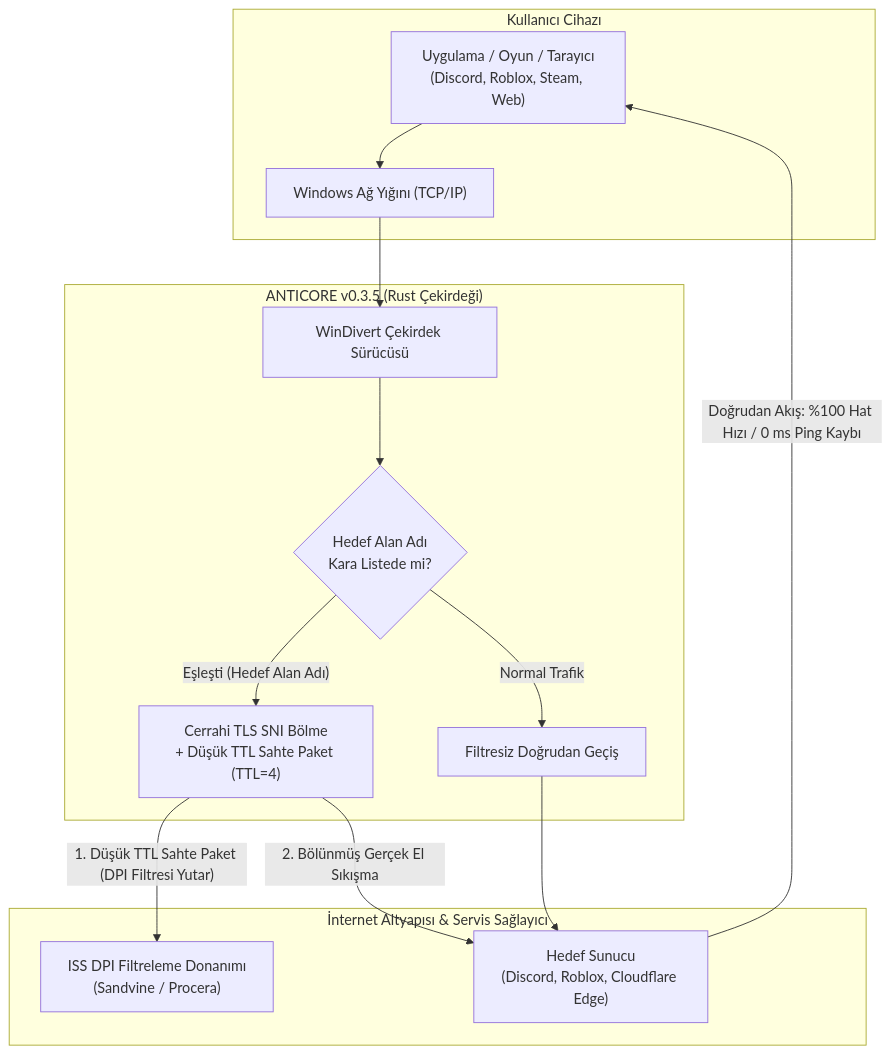
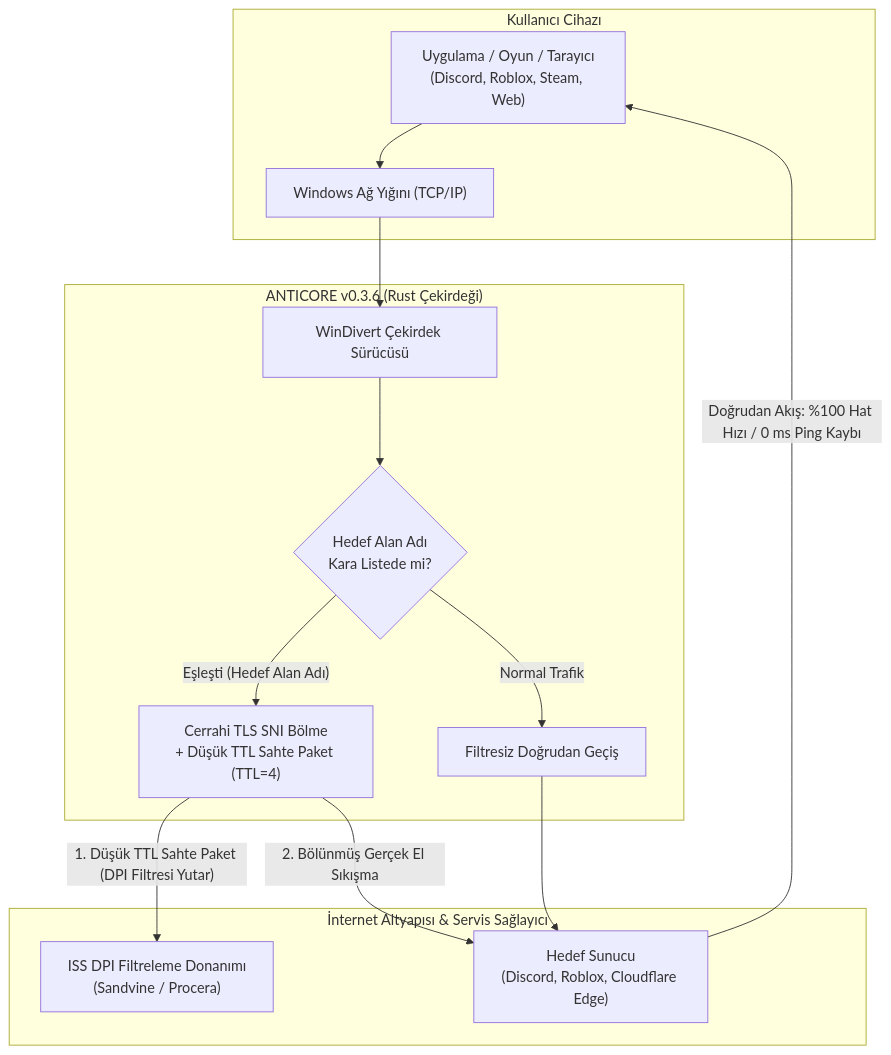
One commit to MonarchDevLab/Anticore changed the diagram in README.md. Above: the diagram before and after it, drawn with Mermaid. The commit also changed other lines of this file and 8 other files, not shown here.

````diff
--- a/README.md
+++ b/README.md
@@ -459,29 +491,29 @@
 ```mermaid
 flowchart TD
     subgraph Client["Kullanıcı Cihazı"]
         App["Uygulama / Oyun / Tarayıcı\n(Discord, Roblox, Steam, Web)"]
         TCPIP["Windows Ağ Yığını (TCP/IP)"]
     end
 
-    subgraph AnticoreEngine["ANTICORE v0.3.5 (Rust Çekirdeği)"]
+    subgraph AnticoreEngine["ANTICORE v0.3.6 (Rust Çekirdeği)"]
         WD["WinDivert Çekirdek Sürücüsü"]
         Check{"Hedef Alan Adı\nKara Listede mi?"}
         Manip["Cerrahi TLS SNI Bölme\n+ Düşük TTL Sahte Paket (TTL=4)"]
         Bypass["Filtresiz Doğrudan Geçiş"]
     end
 
     subgraph Net["İnternet Altyapısı & Servis Sağlayıcı"]
         ISP["ISS DPI Filtreleme Donanımı\n(Sandvine / Procera)"]
         Target["Hedef Sunucu\n(Discord, Roblox, Cloudflare Edge)"]
     end
 
     App --> TCPIP
     TCPIP --> WD
     WD --> Check
     Check -- "Eşleşti (Hedef Alan Adı)" --> Manip
     Check -- "Normal Trafik" --> Bypass
     Manip -- "1. Düşük TTL Sahte Paket (DPI Filtresi Yutar)" --> ISP
     Manip -- "2. Bölünmüş Gerçek El Sıkışma" --> Target
     Bypass --> Target
     Target -->|"Doğrudan Akış: %100 Hat Hızı / 0 ms Ping Kaybı"| App
 ```
````
